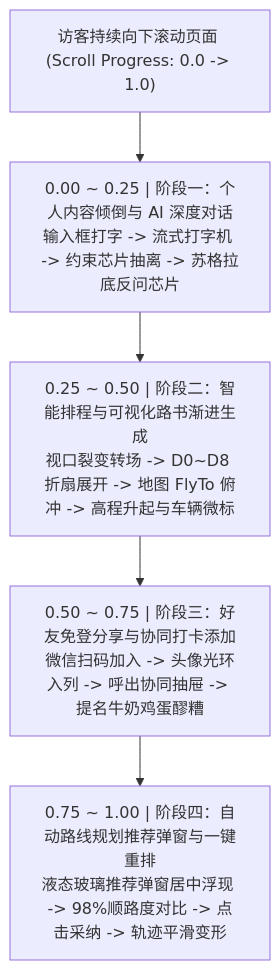
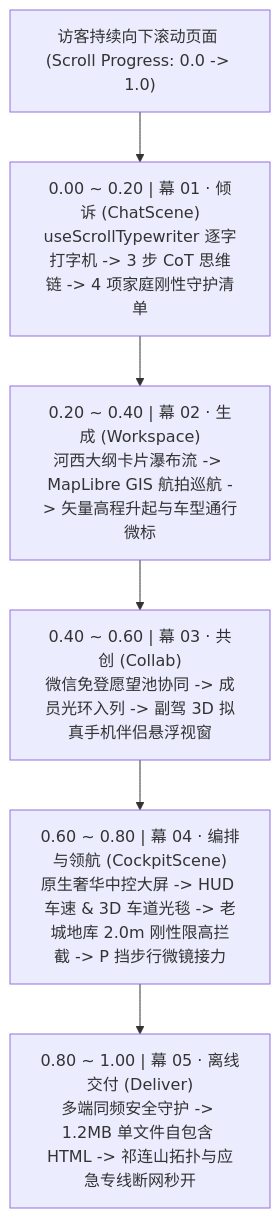
One commit to JohnMaxwell0123/TripCraft changed the third of 4 diagrams in docs/SHOWCASE-web-design.md. Above: the diagram before and after it, drawn with Mermaid. The commit also changed other lines of this file and 4 other files, not shown here.

````diff
--- a/docs/SHOWCASE-web-design.md
+++ b/docs/SHOWCASE-web-design.md
@@ -100,9 +109,10 @@
 ```mermaid
 flowchart TD
     SCROLL["访客持续向下滚动页面 (Scroll Progress: 0.0 -> 1.0)"]
     
-    SCROLL --> S1["0.00 ~ 0.25 | 阶段一：个人内容倾倒与 AI 深度对话<br/>输入框打字 -> 流式打字机 -> 约束芯片抽离 -> 苏格拉底反问芯片"]
-    S1 --> S2["0.25 ~ 0.50 | 阶段二：智能排程与可视化路书渐进生成<br/>视口裂变转场 -> D0~D8 折扇展开 -> 地图 FlyTo 俯冲 -> 高程升起与车辆微标"]
-    S2 --> S3["0.50 ~ 0.75 | 阶段三：好友免登分享与协同打卡添加<br/>微信扫码加入 -> 头像光环入列 -> 呼出协同抽屉 -> 提名牛奶鸡蛋醪糟"]
-    S3 --> S4["0.75 ~ 1.00 | 阶段四：自动路线规划推荐弹窗与一键重排<br/>液态玻璃推荐弹窗居中浮现 -> 98%顺路度对比 -> 点击采纳 -> 轨迹平滑变形"]
+    SCROLL --> S1["0.00 ~ 0.20 | 幕 01 · 倾诉 (ChatScene)<br/>useScrollTypewriter 逐字打字机 -> 3 步 CoT 思维链 -> 4 项家庭刚性守护清单"]
+    S1 --> S2["0.20 ~ 0.40 | 幕 02 · 生成 (Workspace)<br/>河西大纲卡片瀑布流 -> MapLibre GIS 航拍巡航 -> 矢量高程升起与车型通行微标"]
+    S2 --> S3["0.40 ~ 0.60 | 幕 03 · 共创 (Collab)<br/>微信免登愿望池协同 -> 成员光环入列 -> 副驾 3D 拟真手机伴侣悬浮视窗"]
+    S3 --> S4["0.60 ~ 0.80 | 幕 04 · 编排与领航 (CockpitScene)<br/>原生奢华中控大屏 -> HUD 车速 & 3D 车道光毯 -> 老城地库 2.0m 刚性限高拦截 -> P 挡步行微镜接力"]
+    S4 --> S5["0.80 ~ 1.00 | 幕 05 · 离线交付 (Deliver)<br/>多端同频安全守护 -> 1.2MB 单文件自包含 HTML -> 祁连山拓扑与应急专线断网秒开"]
 ```
````
